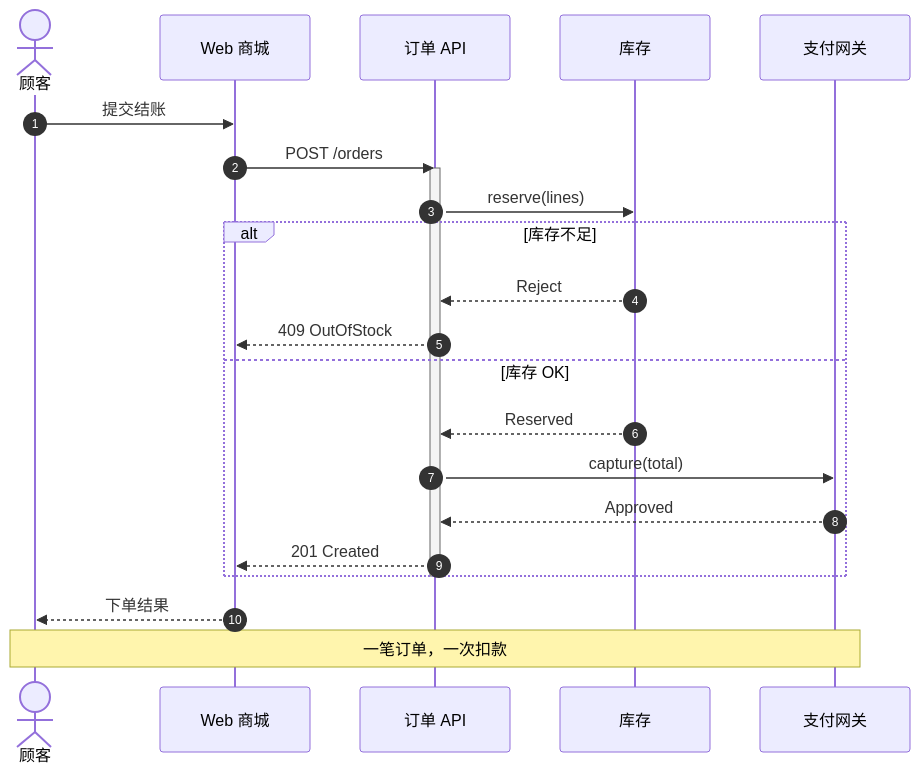
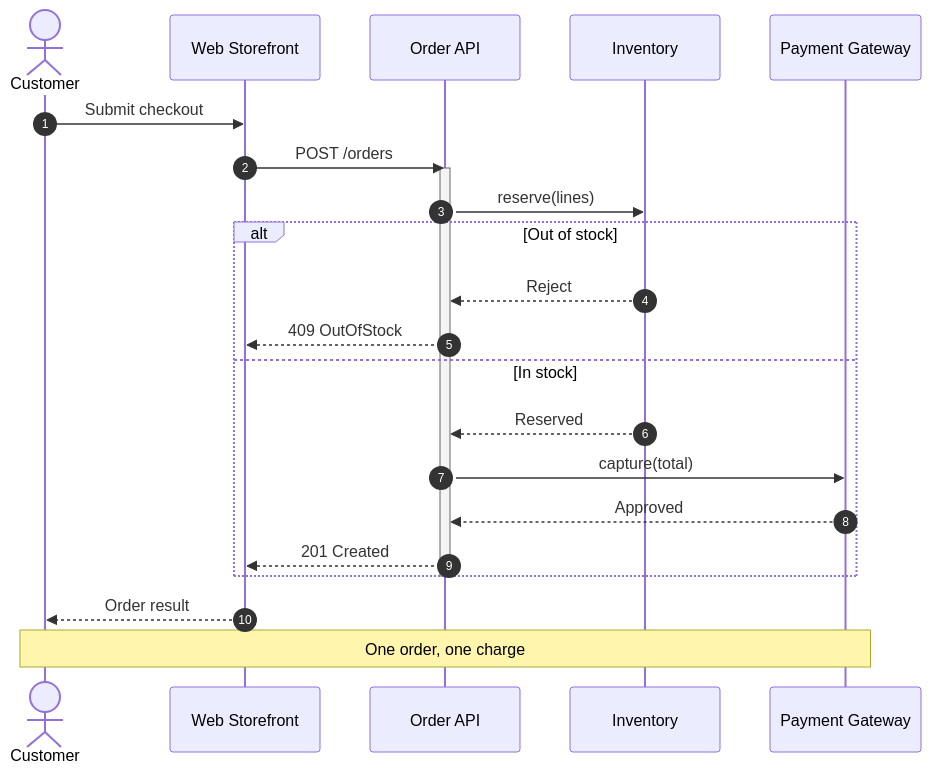
One commit to hanxiaomax/tweakpele changed the diagram in diagrams/sequence.mmd. Above: the diagram before and after it, drawn with Mermaid. The commit also changed 46 other files, not shown here.

```diff
--- a/diagrams/sequence.mmd
+++ b/diagrams/sequence.mmd
@@ -1,23 +1,23 @@
 sequenceDiagram
   autonumber
-  actor Customer as 顾客
-  participant Web as Web 商城
-  participant API as 订单 API
-  participant Inv as 库存
-  participant Bank as 支付网关
-  Customer->>Web: 提交结账
+  actor Customer as Customer
+  participant Web as Web Storefront
+  participant API as Order API
+  participant Inv as Inventory
+  participant Bank as Payment Gateway
+  Customer->>Web: Submit checkout
   Web->>API: POST /orders
   activate API
   API->>Inv: reserve(lines)
-  alt 库存不足
+  alt Out of stock
     Inv-->>API: Reject
     API-->>Web: 409 OutOfStock
-  else 库存 OK
+  else In stock
     Inv-->>API: Reserved
     API->>Bank: capture(total)
     Bank-->>API: Approved
     API-->>Web: 201 Created
   end
   deactivate API
-  Web-->>Customer: 下单结果
-  Note over Customer,Bank: 一笔订单，一次扣款
+  Web-->>Customer: Order result
+  Note over Customer,Bank: One order, one charge
```
